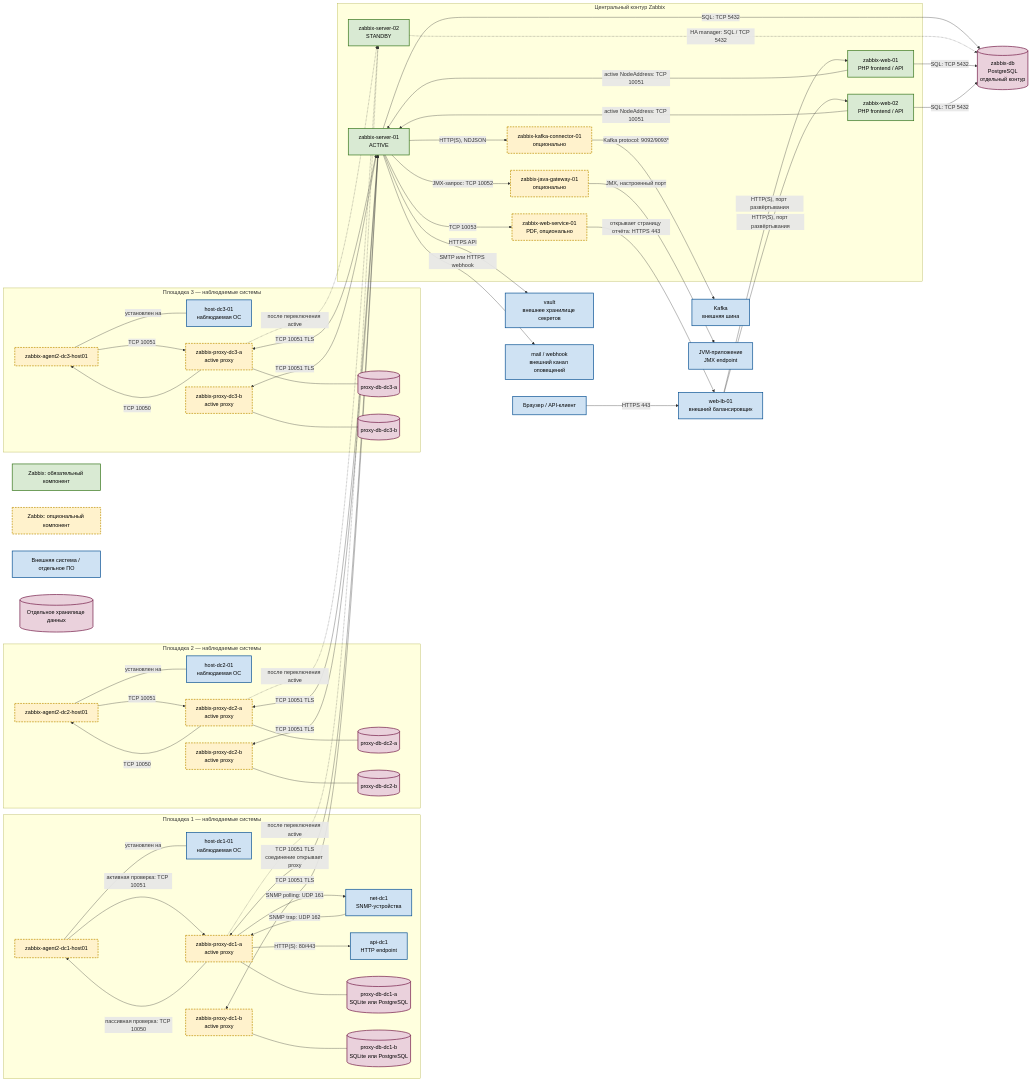
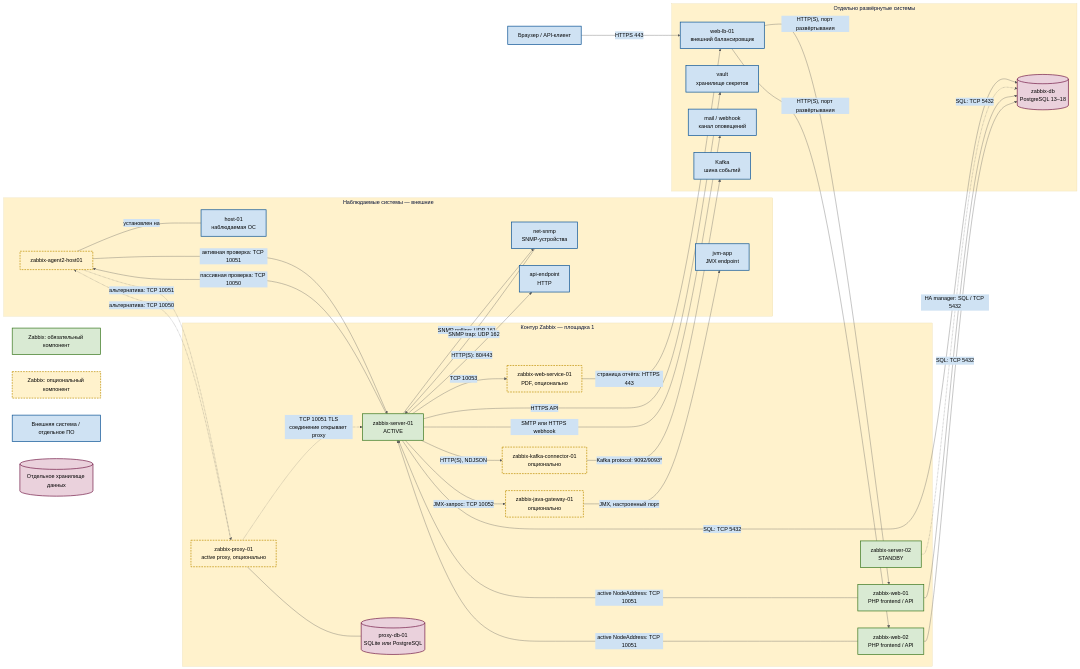
Before and after one commit to StrannikE95/WORK-platform_companents: the second of 2 diagrams in Out/Платформенная инфра/Zabbix/Zabbix.md, drawn with Mermaid. The commit also changed other lines of this file and 13 other files, not shown here.

````diff
--- a/Out/Платформенная инфра/Zabbix/Zabbix.md
+++ b/Out/Платформенная инфра/Zabbix/Zabbix.md
@@ -66,35 +70,15 @@
 ```mermaid
+%%{init: {"theme": "base", "themeVariables": {"primaryColor": "#d9ead3", "primaryTextColor": "#000000", "primaryBorderColor": "#38761d", "lineColor": "#5b5b5b", "secondaryColor": "#cfe2f3", "tertiaryColor": "#fff2cc"}}}%%
 flowchart LR
-  subgraph dc1["Площадка 1 — наблюдаемые системы"]
-    host1["host-dc1-01<br/>наблюдаемая ОС"]
-    agent1["zabbix-agent2-dc1-host01"]
-    dev1["net-dc1<br/>SNMP-устройства"]
-    api1["api-dc1<br/>HTTP endpoint"]
-    p1a["zabbix-proxy-dc1-a<br/>active proxy"]
-    p1b["zabbix-proxy-dc1-b<br/>active proxy"]
-    pdb1a[("proxy-db-dc1-a<br/>SQLite или PostgreSQL")]
-    pdb1b[("proxy-db-dc1-b<br/>SQLite или PostgreSQL")]
+  subgraph obs["Наблюдаемые системы — внешние"]
+    host1["host-01<br/>наблюдаемая ОС"]
+    agent1["zabbix-agent2-host01"]
+    snmp1["net-snmp<br/>SNMP-устройства"]
+    api1["api-endpoint<br/>HTTP"]
+    jvm1["jvm-app<br/>JMX endpoint"]
   end
 
-  subgraph dc2["Площадка 2 — наблюдаемые системы"]
-    host2["host-dc2-01<br/>наблюдаемая ОС"]
-    agent2["zabbix-agent2-dc2-host01"]
-    p2a["zabbix-proxy-dc2-a<br/>active proxy"]
-    p2b["zabbix-proxy-dc2-b<br/>active proxy"]
-    pdb2a[("proxy-db-dc2-a")]
-    pdb2b[("proxy-db-dc2-b")]
-  end
-
-  subgraph dc3["Площадка 3 — наблюдаемые системы"]
-    host3["host-dc3-01<br/>наблюдаемая ОС"]
-    agent3["zabbix-agent2-dc3-host01"]
-    p3a["zabbix-proxy-dc3-a<br/>active proxy"]
-    p3b["zabbix-proxy-dc3-b<br/>active proxy"]
-    pdb3a[("proxy-db-dc3-a")]
-    pdb3b[("proxy-db-dc3-b")]
-  end
-
-  subgraph core["Центральный контур Zabbix"]
+  subgraph core["Контур Zabbix — площадка 1"]
     srv1["zabbix-server-01<br/>ACTIVE"]
     srv2["zabbix-server-02<br/>STANDBY"]
     fe1["zabbix-web-01<br/>PHP frontend / API"]
@@ -102,45 +86,31 @@
     jg["zabbix-java-gateway-01<br/>опционально"]
     ws["zabbix-web-service-01<br/>PDF, опционально"]
     kc["zabbix-kafka-connector-01<br/>опционально"]
+    pxy["zabbix-proxy-01<br/>active proxy, опционально"]
+    pdb1[("proxy-db-01<br/>SQLite или PostgreSQL")]
   end
 
-  lb["web-lb-01<br/>внешний балансировщик"]
-  db[("zabbix-db<br/>PostgreSQL<br/>отдельный контур")]
-  vault["vault<br/>внешнее хранилище секретов"]
-  alert["mail / webhook<br/>внешний канал оповещений"]
-  kafka["Kafka<br/>внешняя шина"]
+  subgraph ext["Отдельно развёрнутые системы"]
+    lb["web-lb-01<br/>внешний балансировщик"]
+    db[("zabbix-db<br/>PostgreSQL 13–18")]
+    vault["vault<br/>хранилище секретов"]
+    alert["mail / webhook<br/>канал оповещений"]
+    kafka["Kafka<br/>шина событий"]
+  end
+
   user["Браузер / API-клиент"]
-  jvm["JVM-приложение<br/>JMX endpoint"]
-
-  p1a --- pdb1a
-  p1b --- pdb1b
-  p2a --- pdb2a
-  p2b --- pdb2b
-  p3a --- pdb3a
-  p3b --- pdb3b
 
   agent1 ---|"установлен на"| host1
-  agent2 ---|"установлен на"| host2
-  agent3 ---|"установлен на"| host3
-  p1a -->|"пассивная проверка: TCP 10050"| agent1
-  agent1 -->|"активная проверка: TCP 10051"| p1a
-  p1a -->|"SNMP polling: UDP 161"| dev1
-  dev1 -->|"SNMP trap: UDP 162"| p1a
-  p1a -->|"HTTP(S): 80/443"| api1
-  p2a -->|"TCP 10050"| agent2
-  agent2 -->|"TCP 10051"| p2a
-  p3a -->|"TCP 10050"| agent3
-  agent3 -->|"TCP 10051"| p3a
+  srv1 -->|"пассивная проверка: TCP 10050"| agent1
+  agent1 -->|"активная проверка: TCP 10051"| srv1
+  srv1 -->|"SNMP polling: UDP 161"| snmp1
+  snmp1 -->|"SNMP trap: UDP 162"| srv1
+  srv1 -->|"HTTP(S): 80/443"| api1
 
-  p1a <-->|"TCP 10051 TLS<br/>соединение открывает proxy"| srv1
-  p1b <-->|"TCP 10051 TLS"| srv1
-  p2a <-->|"TCP 10051 TLS"| srv1
-  p2b <-->|"TCP 10051 TLS"| srv1
-  p3a <-->|"TCP 10051 TLS"| srv1
-  p3b <-->|"TCP 10051 TLS"| srv1
-  p1a -. "после переключения active" .-> srv2
-  p2a -. "после переключения active" .-> srv2
-  p3a -. "после переключения active" .-> srv2
+  pxy --- pdb1
+  pxy -.->|"альтернатива: TCP 10050"| agent1
+  agent1 -.->|"альтернатива: TCP 10051"| pxy
+  pxy -.->|"TCP 10051 TLS<br/>соединение открывает proxy"| srv1
 
   srv1 -->|"SQL: TCP 5432"| db
   srv2 -.->|"HA manager: SQL / TCP 5432"| db
@@ -154,9 +124,9 @@
   lb -->|"HTTP(S), порт развёртывания"| fe2
 
   srv1 -->|"JMX-запрос: TCP 10052"| jg
-  jg -->|"JMX, настроенный порт"| jvm
+  jg -->|"JMX, настроенный порт"| jvm1
   srv1 -->|"TCP 10053"| ws
-  ws -->|"открывает страницу отчёта: HTTPS 443"| lb
+  ws -->|"страница отчёта: HTTPS 443"| lb
   srv1 -->|"HTTP(S), NDJSON"| kc
   kc -->|"Kafka protocol: 9092/9093*"| kafka
   srv1 -->|"SMTP или HTTPS webhook"| alert
@@ -167,13 +137,31 @@
   extLegend["Внешняя система / отдельное ПО"]
   dataLegend[("Отдельное хранилище данных")]
 
-  classDef zbx fill:#d9ead3,stroke:#38761d,color:#000,stroke-width:2px;
-  classDef optional fill:#fff2cc,stroke:#bf9000,color:#000,stroke-width:2px,stroke-dasharray:5 3;
-  classDef external fill:#cfe2f3,stroke:#0b5394,color:#000,stroke-width:2px;
-  classDef datastore fill:#ead1dc,stroke:#741b47,color:#000,stroke-width:2px;
+  style srv1 fill:#d9ead3,stroke:#38761d,color:#000000,stroke-width:2px
+  style srv2 fill:#d9ead3,stroke:#38761d,color:#000000,stroke-width:2px
+  style fe1 fill:#d9ead3,stroke:#38761d,color:#000000,stroke-width:2px
+  style fe2 fill:#d9ead3,stroke:#38761d,color:#000000,stroke-width:2px
+  style zbxLegend fill:#d9ead3,stroke:#38761d,color:#000000,stroke-width:2px
 
-  class srv1,srv2,fe1,fe2,zbxLegend zbx;
-  class p1a,p1b,p2a,p2b,p3a,p3b,agent1,agent2,agent3,jg,ws,kc,optLegend optional;
-  class host1,host2,host3,dev1,api1,lb,vault,alert,kafka,user,jvm,extLegend external;
-  class db,pdb1a,pdb1b,pdb2a,pdb2b,pdb3a,pdb3b,dataLegend datastore;
+  style agent1 fill:#fff2cc,stroke:#bf9000,color:#000000,stroke-width:2px,stroke-dasharray:5 3
+  style pxy fill:#fff2cc,stroke:#bf9000,color:#000000,stroke-width:2px,stroke-dasharray:5 3
+  style jg fill:#fff2cc,stroke:#bf9000,color:#000000,stroke-width:2px,stroke-dasharray:5 3
+  style ws fill:#fff2cc,stroke:#bf9000,color:#000000,stroke-width:2px,stroke-dasharray:5 3
+  style kc fill:#fff2cc,stroke:#bf9000,color:#000000,stroke-width:2px,stroke-dasharray:5 3
+  style optLegend fill:#fff2cc,stroke:#bf9000,color:#000000,stroke-width:2px,stroke-dasharray:5 3
+
+  style host1 fill:#cfe2f3,stroke:#0b5394,color:#000000,stroke-width:2px
+  style snmp1 fill:#cfe2f3,stroke:#0b5394,color:#000000,stroke-width:2px
+  style api1 fill:#cfe2f3,stroke:#0b5394,color:#000000,stroke-width:2px
+  style jvm1 fill:#cfe2f3,stroke:#0b5394,color:#000000,stroke-width:2px
+  style lb fill:#cfe2f3,stroke:#0b5394,color:#000000,stroke-width:2px
+  style vault fill:#cfe2f3,stroke:#0b5394,color:#000000,stroke-width:2px
+  style alert fill:#cfe2f3,stroke:#0b5394,color:#000000,stroke-width:2px
+  style kafka fill:#cfe2f3,stroke:#0b5394,color:#000000,stroke-width:2px
+  style user fill:#cfe2f3,stroke:#0b5394,color:#000000,stroke-width:2px
+  style extLegend fill:#cfe2f3,stroke:#0b5394,color:#000000,stroke-width:2px
+
+  style db fill:#ead1dc,stroke:#741b47,color:#000000,stroke-width:2px
+  style pdb1 fill:#ead1dc,stroke:#741b47,color:#000000,stroke-width:2px
+  style dataLegend fill:#ead1dc,stroke:#741b47,color:#000000,stroke-width:2px
 ```
````
